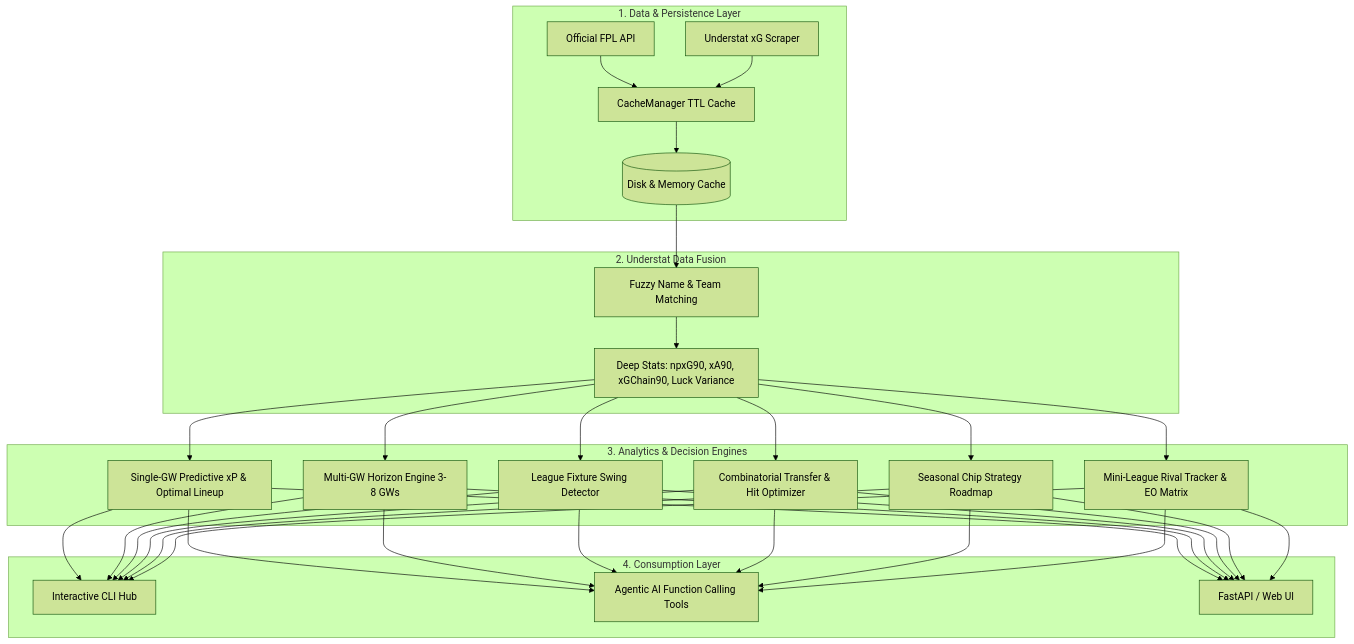
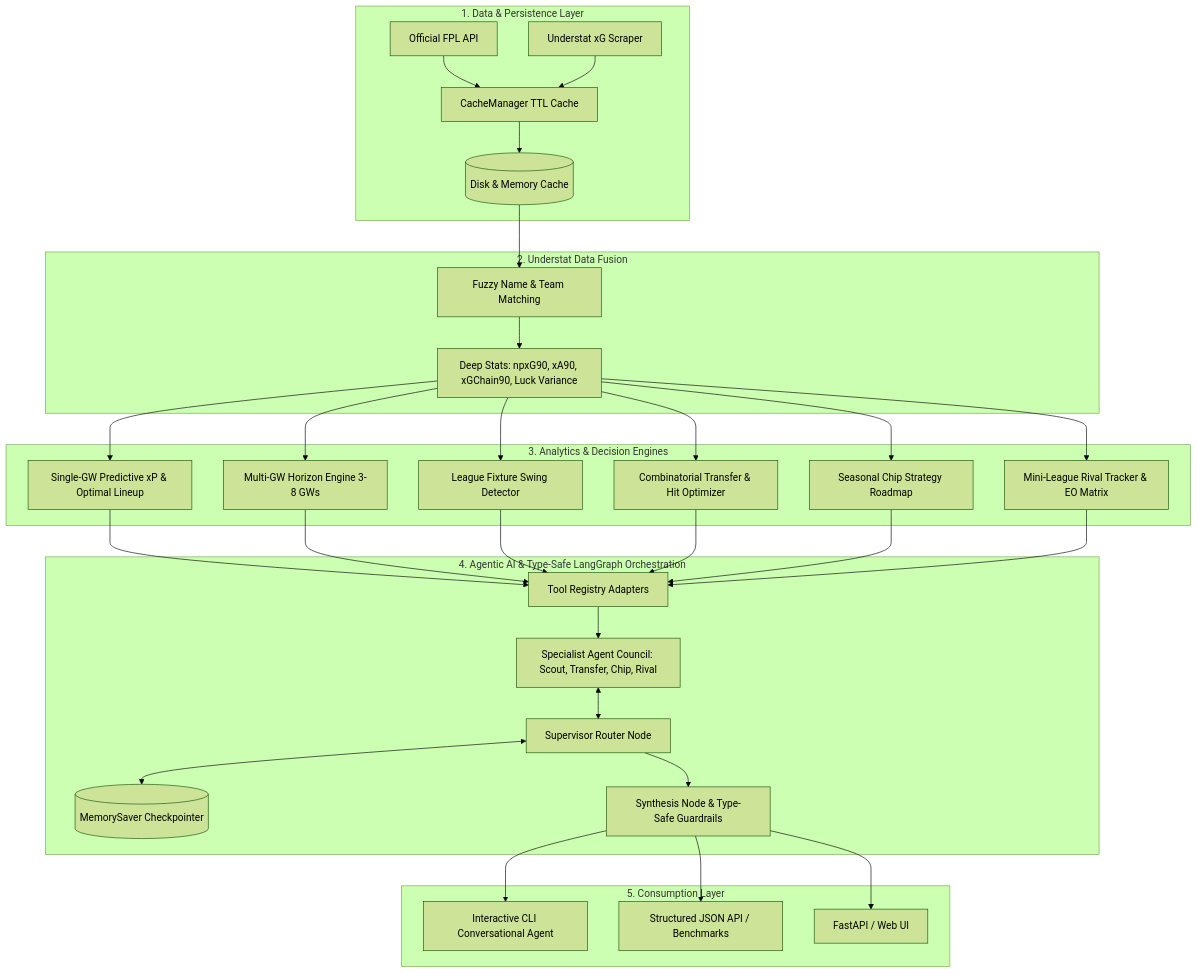
The diagram in README.md (Salif123/LEO_FPL), drawn with Mermaid (forest theme) before and after one commit. The commit also changed other lines of this file and 34 other files, not shown here.

Commit message:
Add agentic ai and tool decorators

````diff
--- a/README.md
+++ b/README.md
@@ -60,28 +84,36 @@
 ```mermaid
 flowchart TD
     subgraph Data_Layer["1. Data & Persistence Layer"]
         A[Official FPL API] --> C[CacheManager TTL Cache]
         B[Understat xG Scraper] --> C
         C --> D[(Disk & Memory Cache)]
     end
 
     subgraph Fusion_Layer["2. Understat Data Fusion"]
         D --> E[Fuzzy Name & Team Matching]
         E --> F[Deep Stats: npxG90, xA90, xGChain90, Luck Variance]
     end
 
     subgraph Intelligence_Engine["3. Analytics & Decision Engines"]
         F --> G[Single-GW Predictive xP & Optimal Lineup]
         F --> H[Multi-GW Horizon Engine 3-8 GWs]
         F --> I[League Fixture Swing Detector]
         F --> J[Combinatorial Transfer & Hit Optimizer]
         F --> K[Seasonal Chip Strategy Roadmap]
         F --> L[Mini-League Rival Tracker & EO Matrix]
     end
 
-    subgraph Output_Layer["4. Consumption Layer"]
-        G & H & I & J & K & L --> M[Interactive CLI Hub]
-        G & H & I & J & K & L --> N[Agentic AI Function Calling Tools]
-        G & H & I & J & K & L --> O[FastAPI / Web UI]
+    subgraph Agentic_Layer["4. Agentic AI & Type-Safe LangGraph Orchestration"]
+        G & H & I & J & K & L --> TR[Tool Registry Adapters]
+        TR --> Council[Specialist Agent Council: Scout, Transfer, Chip, Rival]
+        Council <--> Supervisor[Supervisor Router Node]
+        Supervisor <--> Checkpoint[(MemorySaver Checkpointer)]
+        Supervisor --> Synth[Synthesis Node & Type-Safe Guardrails]
+    end
+
+    subgraph Output_Layer["5. Consumption Layer"]
+        Synth --> M[Interactive CLI Conversational Agent]
+        Synth --> N[Structured JSON API / Benchmarks]
+        Synth --> O[FastAPI / Web UI]
     end
 ```
````
